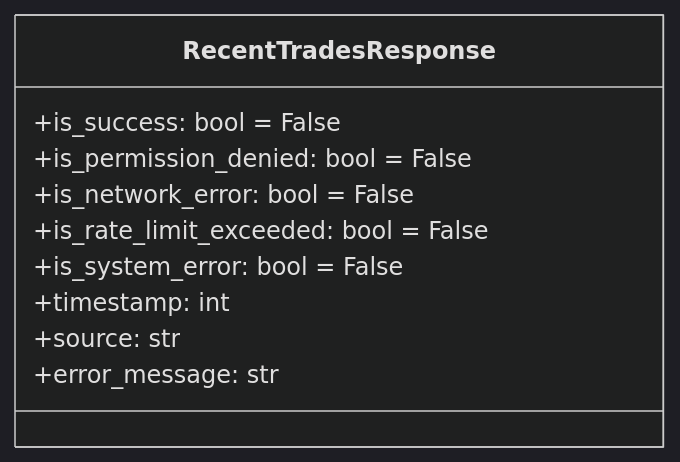
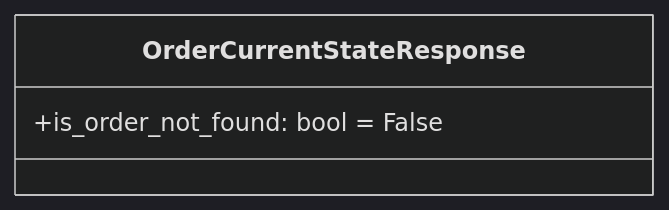
Before and after one commit to gatesplan/python-toolbox: the sixth of 16 diagrams in packages/financial-assets/financial_assets/response/Architecture.md, drawn with Mermaid (dark theme). The commit also changed other lines of this file, not shown here.

First line of the commit message:
docs(financial-assets): Response 아키텍처 BaseResponse 상속 구조로 리팩토링

````diff
--- a/packages/financial-assets/financial_assets/response/Architecture.md
+++ b/packages/financial-assets/financial_assets/response/Architecture.md
@@ -325,13 +201,6 @@
 ```mermaid
 classDiagram
-    class RecentTradesResponse {
-        +is_success: bool = False
-        +is_permission_denied: bool = False
-        +is_network_error: bool = False
-        +is_rate_limit_exceeded: bool = False
-        +is_system_error: bool = False
-        +timestamp: int
-        +source: str
-        +error_message: str
+    class OrderCurrentStateResponse {
+        +is_order_not_found: bool = False
     }
 ```
````
